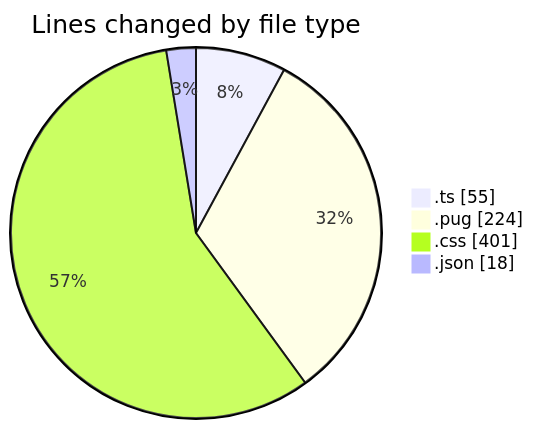
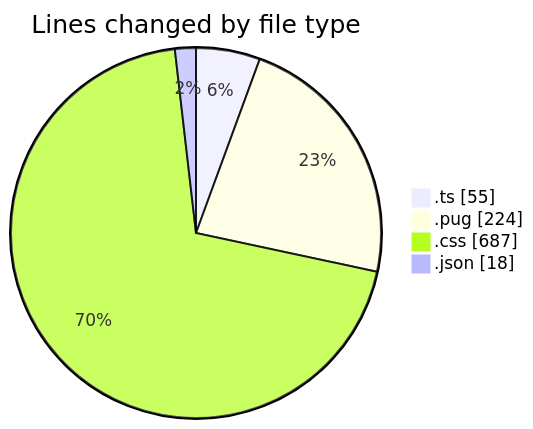
The first of 2 diagrams in 2025-10-31/cda/README.md (momahboobian/code-tracking), drawn with Mermaid before and after one commit. The commit also changed other lines of this file and 1 other file, not shown here.

````diff
--- a/2025-10-31/cda/README.md
+++ b/2025-10-31/cda/README.md
@@ -25,8 +26,8 @@
 ```mermaid
 pie showData
 title Lines changed by file type
 ".ts" : 55
 ".pug" : 224
-".css" : 401
+".css" : 687
 ".json" : 18
 ```
````
